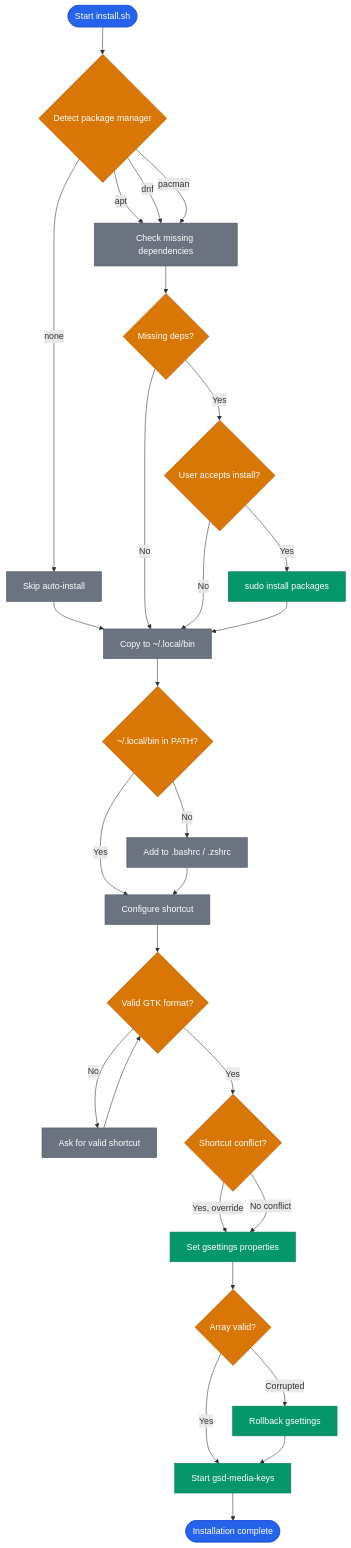
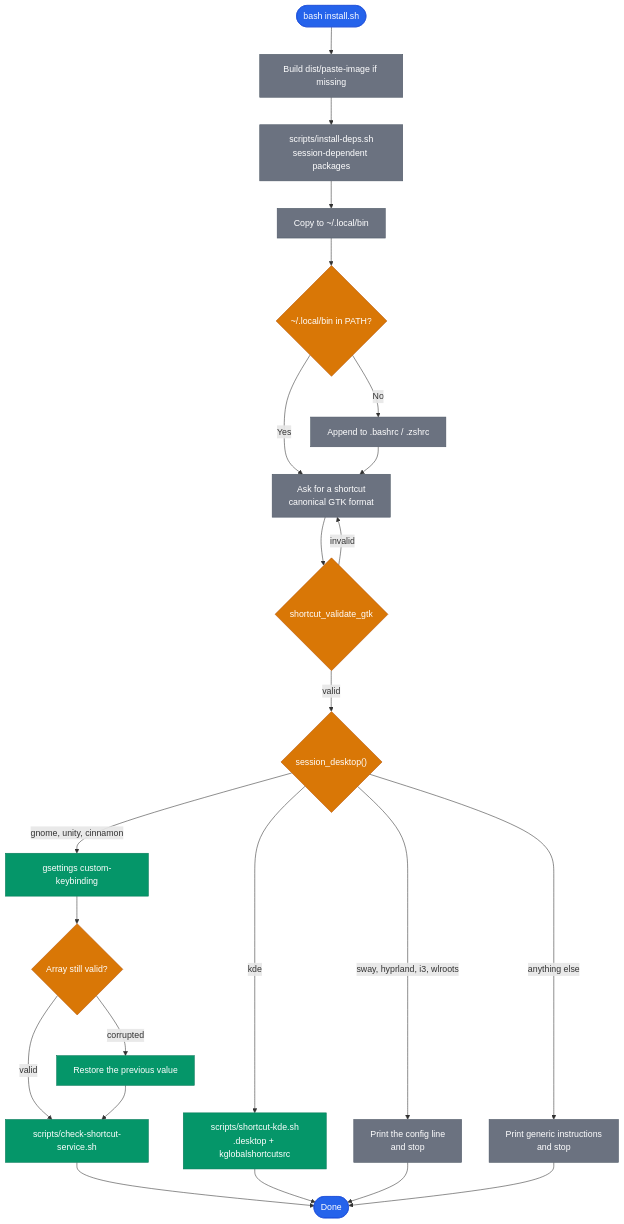
The fourth of 5 diagrams in docs/ARCHITECTURE.md (AndreaBonn/cli-image-paste), drawn with Mermaid before and after one commit. The commit also changed other lines of this file and 1 other file, not shown here.

First line of the commit message:
docs(architecture): describe the generated build, not the removed monolith

````diff
--- a/docs/ARCHITECTURE.md
+++ b/docs/ARCHITECTURE.md
@@ -120,45 +256,40 @@
 ```mermaid
 %%{init: {'theme': 'default'}}%%
 graph TD
-  start_node(["Start install.sh"]) --> detect_pkg{"Detect package manager"}
-  detect_pkg -->|"apt"| check_deps["Check missing dependencies"]
-  detect_pkg -->|"dnf"| check_deps
-  detect_pkg -->|"pacman"| check_deps
-  detect_pkg -->|"none"| skip_pkg["Skip auto-install"]
-  skip_pkg --> copy_script
+  start_node(["bash install.sh"]) --> build_step["Build dist/paste-image if missing"]
+  build_step --> deps["scripts/install-deps.sh<br/>session-dependent packages"]
+  deps --> copy_script["Copy to ~/.local/bin"]
+  copy_script --> check_path{"~/.local/bin in PATH?"}
+  check_path -->|"No"| add_path["Append to .bashrc / .zshrc"]
+  check_path -->|"Yes"| ask_shortcut
+  add_path --> ask_shortcut["Ask for a shortcut<br/>canonical GTK format"]
 
-  check_deps --> has_missing{"Missing deps?"}
-  has_missing -->|"No"| copy_script["Copy to ~/.local/bin"]
-  has_missing -->|"Yes"| prompt_user{"User accepts install?"}
-  prompt_user -->|"Yes"| install_deps["sudo install packages"]
-  prompt_user -->|"No"| copy_script
-  install_deps --> copy_script
+  ask_shortcut --> validate{"shortcut_validate_gtk"}
+  validate -->|"invalid"| ask_shortcut
+  validate -->|"valid"| dispatch{"session_desktop()"}
 
-  copy_script --> check_path{"~/.local/bin in PATH?"}
-  check_path -->|"Yes"| config_shortcut["Configure shortcut"]
-  check_path -->|"No"| add_path["Add to .bashrc / .zshrc"]
-  add_path --> config_shortcut
+  dispatch -->|"gnome, unity, cinnamon"| gsettings["gsettings custom-keybinding"]
+  dispatch -->|"kde"| kde["scripts/shortcut-kde.sh<br/>.desktop + kglobalshortcutsrc"]
+  dispatch -->|"sway, hyprland, i3, wlroots"| print_wm["Print the config line<br/>and stop"]
+  dispatch -->|"anything else"| generic["Print generic instructions<br/>and stop"]
 
-  config_shortcut --> validate_fmt{"Valid GTK format?"}
-  validate_fmt -->|"No"| ask_shortcut["Ask for valid shortcut"]
-  ask_shortcut --> validate_fmt
-  validate_fmt -->|"Yes"| check_conflict{"Shortcut conflict?"}
-  check_conflict -->|"Yes, override"| set_gsettings["Set gsettings properties"]
-  check_conflict -->|"No conflict"| set_gsettings
+  gsettings --> verify{"Array still valid?"}
+  verify -->|"corrupted"| rollback["Restore the previous value"]
+  verify -->|"valid"| service["scripts/check-shortcut-service.sh"]
+  rollback --> service
 
-  set_gsettings --> verify_array{"Array valid?"}
-  verify_array -->|"Yes"| start_service["Start gsd-media-keys"]
-  verify_array -->|"Corrupted"| rollback["Rollback gsettings"]
-  rollback --> start_service
-  start_service --> done_node(["Installation complete"])
+  service --> done_node(["Done"])
+  kde --> done_node
+  print_wm --> done_node
+  generic --> done_node
 
   classDef core fill:#2563eb,stroke:#1d4ed8,color:#fff
   classDef data fill:#d97706,stroke:#b45309,color:#fff
   classDef ext fill:#6b7280,stroke:#4b5563,color:#fff
   classDef engine fill:#059669,stroke:#047857,color:#fff
 
   class start_node,done_node core
-  class detect_pkg,has_missing,check_path,validate_fmt,check_conflict,verify_array,prompt_user data
-  class install_deps,set_gsettings,start_service,rollback engine
-  class copy_script,add_path,config_shortcut,check_deps,skip_pkg,ask_shortcut ext
+  class check_path,validate,dispatch,verify data
+  class gsettings,kde,service,rollback engine
+  class build_step,deps,copy_script,add_path,ask_shortcut,print_wm,generic ext
 ```
````
